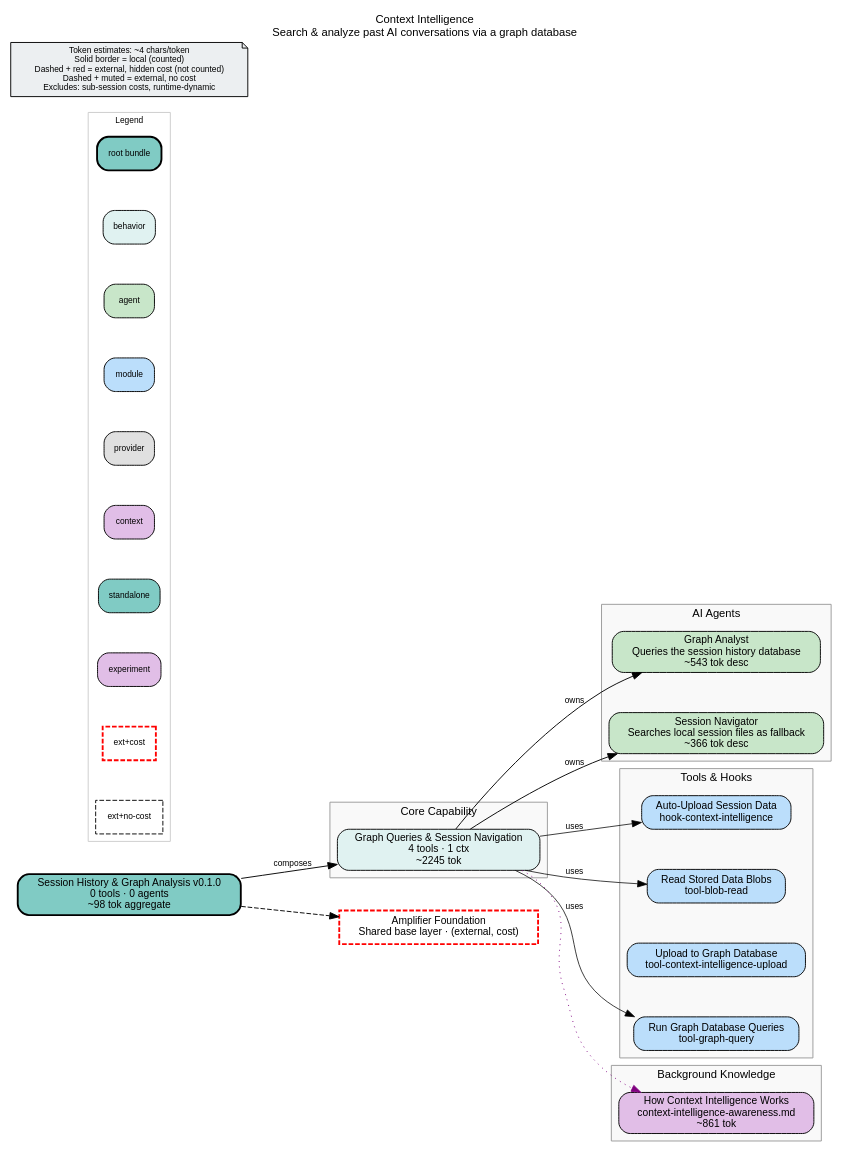
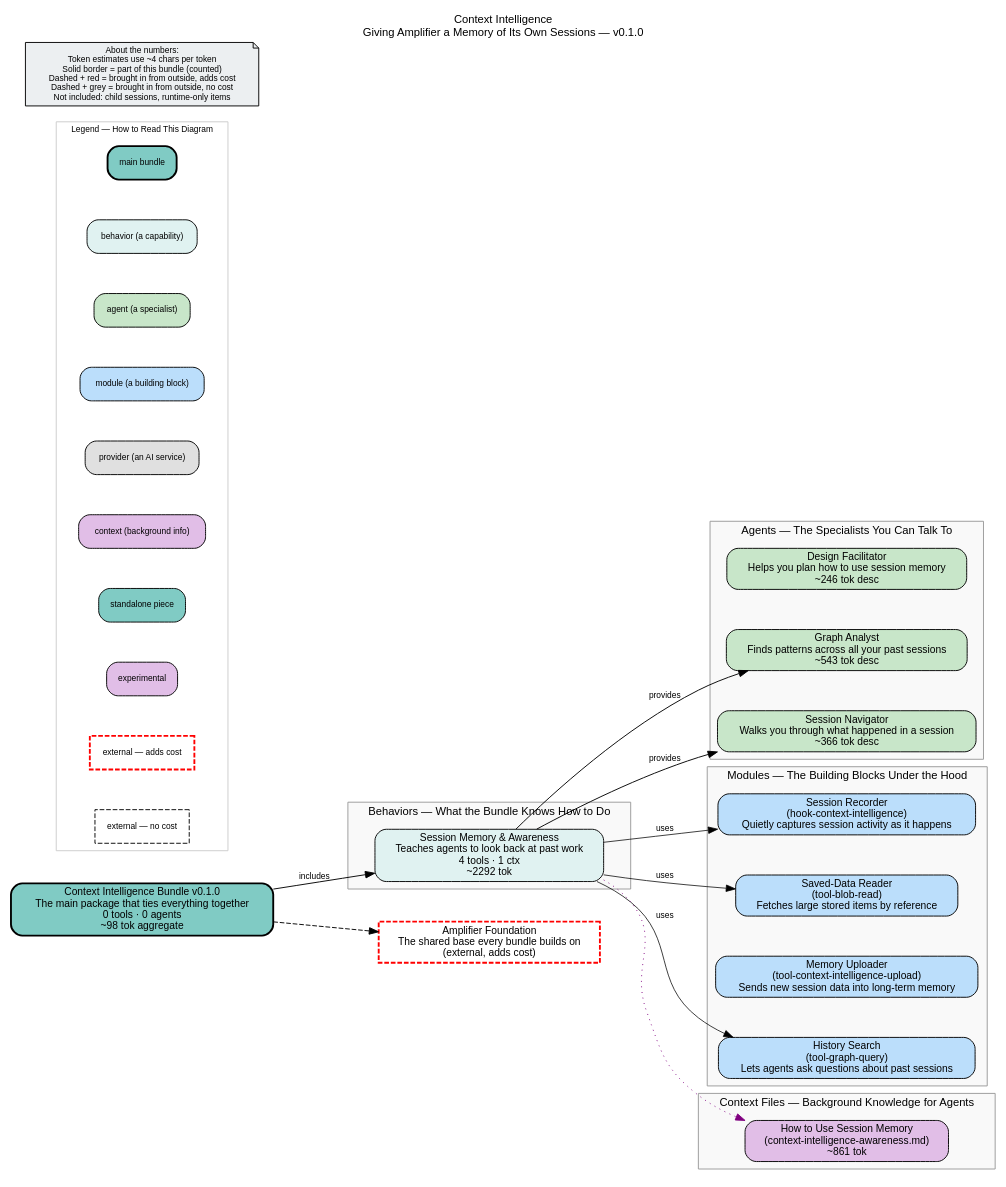
The diagram in bundle.dot (microsoft/amplifier-bundle-context-intelligence), drawn with Graphviz before and after one commit.

Commit message:
docs: regenerate bundle.dot to reflect design mode V1 structure
Generated with [Amplifier](https://github.com/microsoft/amplifier)

```diff
--- a/bundle.dot
+++ b/bundle.dot
@@ -1,91 +1,91 @@
-// Context Intelligence: a bundle that records AI conversations into a graph database
-// and provides agents to search, query, and navigate past session history.
+// Context Intelligence: a bundle that gives Amplifier sessions memory and self-awareness, so agents can look back at past work and navigate their own history.
 digraph context_intelligence {
     rankdir=LR
     fontname="Helvetica"
     fontsize=12
-    label="Context Intelligence\nSearch & analyze past AI conversations via a graph database"
+    label="Context Intelligence\nGiving Amplifier a Memory of Its Own Sessions — v0.1.0"
     labelloc=t
     labeljust=c
     nodesep=0.6
     ranksep=0.7
     bgcolor="white"
-    source_hash="9903830be4163908a452956d9465b410b0dfd1248d8d2ad7336f44f98f01577a"
+    source_hash="512676d2d45f4850680ac451408ff58449b4ba8d42330625255b5f3c237ead1a"
 
     node [fontname="Helvetica", fontsize=11, style="filled,rounded"]
     edge [fontname="Helvetica", fontsize=9]
 
-    root_context_intelligence [label="Session History & Graph Analysis v0.1.0\n0 tools · 0 agents\n~98 tok aggregate", shape=box, fillcolor="#80cbc4", style="filled,rounded,bold", penwidth=2]
+    root_context_intelligence [label="Context Intelligence Bundle v0.1.0\nThe main package that ties everything together\n0 tools · 0 agents\n~98 tok aggregate", shape=box, fillcolor="#80cbc4", style="filled,rounded,bold", penwidth=2]
 
     subgraph cluster_behaviors {
-        label="Core Capability"
+        label="Behaviors — What the Bundle Knows How to Do"
         style="filled"
         fillcolor="#f9f9f9"
         color="#999999"
 
-        beh_context_intelligence_behavior [label="Graph Queries & Session Navigation\n4 tools · 1 ctx\n~2245 tok", shape=box, fillcolor="#e0f2f1", style="filled,rounded"]
+        beh_context_intelligence_behavior [label="Session Memory & Awareness\nTeaches agents to look back at past work\n4 tools · 1 ctx\n~2292 tok", shape=box, fillcolor="#e0f2f1", style="filled,rounded"]
     }
 
     subgraph cluster_agents {
-        label="AI Agents"
+        label="Agents — The Specialists You Can Talk To"
         style="filled"
         fillcolor="#f9f9f9"
         color="#999999"
 
-        agt_graph_analyst [label="Graph Analyst\nQueries the session history database\n~543 tok desc", shape=box, fillcolor="#c8e6c9", style="filled,rounded"]
-        agt_session_navigator [label="Session Navigator\nSearches local session files as fallback\n~366 tok desc", shape=box, fillcolor="#c8e6c9", style="filled,rounded"]
+        agt_context_intelligence_design_facilitator [label="Design Facilitator\nHelps you plan how to use session memory\n~246 tok desc", shape=box, fillcolor="#c8e6c9", style="filled,rounded"]
+        agt_graph_analyst [label="Graph Analyst\nFinds patterns across all your past sessions\n~543 tok desc", shape=box, fillcolor="#c8e6c9", style="filled,rounded"]
+        agt_session_navigator [label="Session Navigator\nWalks you through what happened in a session\n~366 tok desc", shape=box, fillcolor="#c8e6c9", style="filled,rounded"]
     }
 
     subgraph cluster_modules {
-        label="Tools & Hooks"
+        label="Modules — The Building Blocks Under the Hood"
         style="filled"
         fillcolor="#f9f9f9"
         color="#999999"
 
-        mod_hook_context_intelligence [label="Auto-Upload Session Data\nhook-context-intelligence", shape=box, fillcolor="#bbdefb", style="filled,rounded"]
-        mod_tool_blob_read [label="Read Stored Data Blobs\ntool-blob-read", shape=box, fillcolor="#bbdefb", style="filled,rounded"]
-        mod_tool_context_intelligence_upload [label="Upload to Graph Database\ntool-context-intelligence-upload", shape=box, fillcolor="#bbdefb", style="filled,rounded"]
-        mod_tool_graph_query [label="Run Graph Database Queries\ntool-graph-query", shape=box, fillcolor="#bbdefb", style="filled,rounded"]
+        mod_hook_context_intelligence [label="Session Recorder\n(hook-context-intelligence)\nQuietly captures session activity as it happens", shape=box, fillcolor="#bbdefb", style="filled,rounded"]
+        mod_tool_blob_read [label="Saved-Data Reader\n(tool-blob-read)\nFetches large stored items by reference", shape=box, fillcolor="#bbdefb", style="filled,rounded"]
+        mod_tool_context_intelligence_upload [label="Memory Uploader\n(tool-context-intelligence-upload)\nSends new session data into long-term memory", shape=box, fillcolor="#bbdefb", style="filled,rounded"]
+        mod_tool_graph_query [label="History Search\n(tool-graph-query)\nLets agents ask questions about past sessions", shape=box, fillcolor="#bbdefb", style="filled,rounded"]
     }
 
     subgraph cluster_context {
-        label="Background Knowledge"
+        label="Context Files — Background Knowledge for Agents"
         style="filled"
         fillcolor="#f9f9f9"
         color="#999999"
 
-        ctx_context_intelligence_awareness_md [label="How Context Intelligence Works\ncontext-intelligence-awareness.md\n~861 tok", shape=box, fillcolor="#e1bee7", style="filled,rounded"]
+        ctx_context_intelligence_awareness_md [label="How to Use Session Memory\n(context-intelligence-awareness.md)\n~861 tok", shape=box, fillcolor="#e1bee7", style="filled,rounded"]
     }
 
     subgraph cluster_legend {
-        label="Legend"
+        label="Legend — How to Read This Diagram"
         style="filled"
         fillcolor="white"
         color="#cccccc"
         fontsize=9
 
-        leg_root [label="root bundle", shape=box, fillcolor="#80cbc4", style="filled,rounded,bold", fontsize=9]
-        leg_behavior [label="behavior", shape=box, fillcolor="#e0f2f1", style="filled,rounded", fontsize=9]
-        leg_agent [label="agent", shape=box, fillcolor="#c8e6c9", style="filled,rounded", fontsize=9]
-        leg_module [label="module", shape=box, fillcolor="#bbdefb", style="filled,rounded", fontsize=9]
-        leg_provider [label="provider", shape=box, fillcolor="#e0e0e0", style="filled,rounded", fontsize=9]
-        leg_context [label="context", shape=box, fillcolor="#e1bee7", style="filled,rounded", fontsize=9]
-        leg_standalone [label="standalone", shape=box, fillcolor="#80cbc4", style="filled,rounded", fontsize=9]
-        leg_experiment [label="experiment", shape=box, fillcolor="#e1bee7", style="filled,rounded", fontsize=9]
-        leg_ext_cost [label="ext+cost", shape=box, fillcolor="#80cbc4", style="dashed", color="red", penwidth=2, fontsize=9]
-        leg_ext_muted [label="ext+no-cost", shape=box, fillcolor="#f5f5f5", style="dashed", fontsize=9]
+        leg_root [label="main bundle", shape=box, fillcolor="#80cbc4", style="filled,rounded,bold", fontsize=9]
+        leg_behavior [label="behavior (a capability)", shape=box, fillcolor="#e0f2f1", style="filled,rounded", fontsize=9]
+        leg_agent [label="agent (a specialist)", shape=box, fillcolor="#c8e6c9", style="filled,rounded", fontsize=9]
+        leg_module [label="module (a building block)", shape=box, fillcolor="#bbdefb", style="filled,rounded", fontsize=9]
+        leg_provider [label="provider (an AI service)", shape=box, fillcolor="#e0e0e0", style="filled,rounded", fontsize=9]
+        leg_context [label="context (background info)", shape=box, fillcolor="#e1bee7", style="filled,rounded", fontsize=9]
+        leg_standalone [label="standalone piece", shape=box, fillcolor="#80cbc4", style="filled,rounded", fontsize=9]
+        leg_experiment [label="experimental", shape=box, fillcolor="#e1bee7", style="filled,rounded", fontsize=9]
+        leg_ext_cost [label="external — adds cost", shape=box, fillcolor="#80cbc4", style="dashed", color="red", penwidth=2, fontsize=9]
+        leg_ext_muted [label="external — no cost", shape=box, fillcolor="#f5f5f5", style="dashed", fontsize=9]
     }
 
-    disclaimer [label="Token estimates: ~4 chars/token\nSolid border = local (counted)\nDashed + red = external, hidden cost (not counted)\nDashed + muted = external, no cost\nExcludes: sub-session costs, runtime-dynamic", shape=note, fillcolor="#eceff1", style="filled", fontsize=9]
+    disclaimer [label="About the numbers:\nToken estimates use ~4 chars per token\nSolid border = part of this bundle (counted)\nDashed + red = brought in from outside, adds cost\nDashed + grey = brought in from outside, no cost\nNot included: child sessions, runtime-only items", shape=note, fillcolor="#eceff1", style="filled", fontsize=9]
 
-    ext_githttps___github_com_microsoft_amplifier_foundation_main [label="Amplifier Foundation\nShared base layer · (external, cost)", shape=box, fillcolor="#80cbc4", style="dashed", color="red", penwidth=2]
+    ext_githttps___github_com_microsoft_amplifier_foundation_main [label="Amplifier Foundation\nThe shared base every bundle builds on\n(external, adds cost)", shape=box, fillcolor="#80cbc4", style="dashed", color="red", penwidth=2]
 
     root_context_intelligence -> ext_githttps___github_com_microsoft_amplifier_foundation_main [style=dashed]
-    root_context_intelligence -> beh_context_intelligence_behavior [label="composes"]
-    beh_context_intelligence_behavior -> agt_graph_analyst [label="owns"]
-    beh_context_intelligence_behavior -> agt_session_navigator [label="owns"]
+    root_context_intelligence -> beh_context_intelligence_behavior [label="includes"]
+    beh_context_intelligence_behavior -> agt_graph_analyst [label="provides"]
+    beh_context_intelligence_behavior -> agt_session_navigator [label="provides"]
     beh_context_intelligence_behavior -> mod_tool_graph_query [label="uses", penwidth=0.8]
     beh_context_intelligence_behavior -> mod_tool_blob_read [label="uses", penwidth=0.8]
     beh_context_intelligence_behavior -> mod_hook_context_intelligence [label="uses", penwidth=0.8]
     beh_context_intelligence_behavior -> ctx_context_intelligence_awareness_md [style=dotted, color=purple]
 }
```
